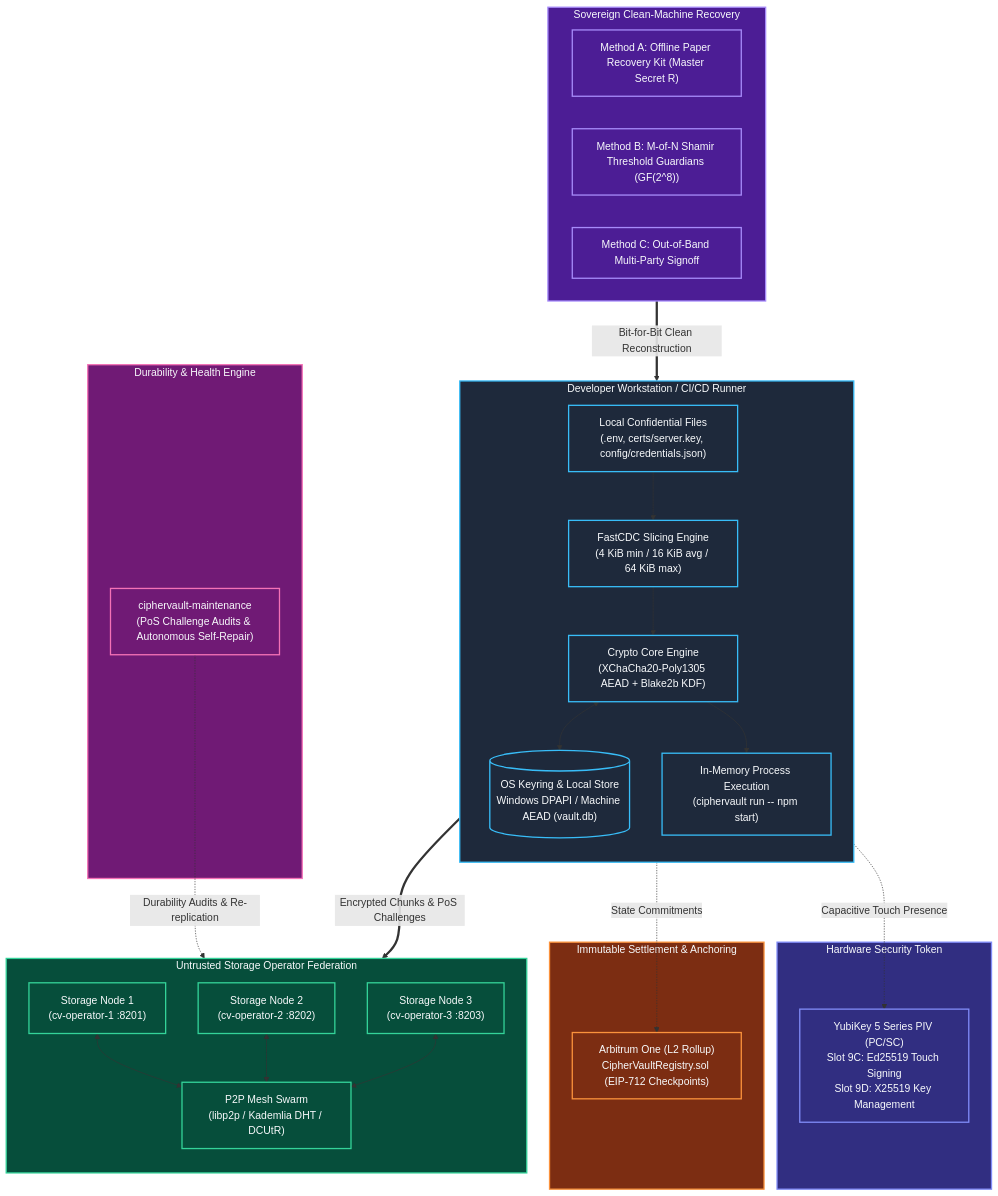
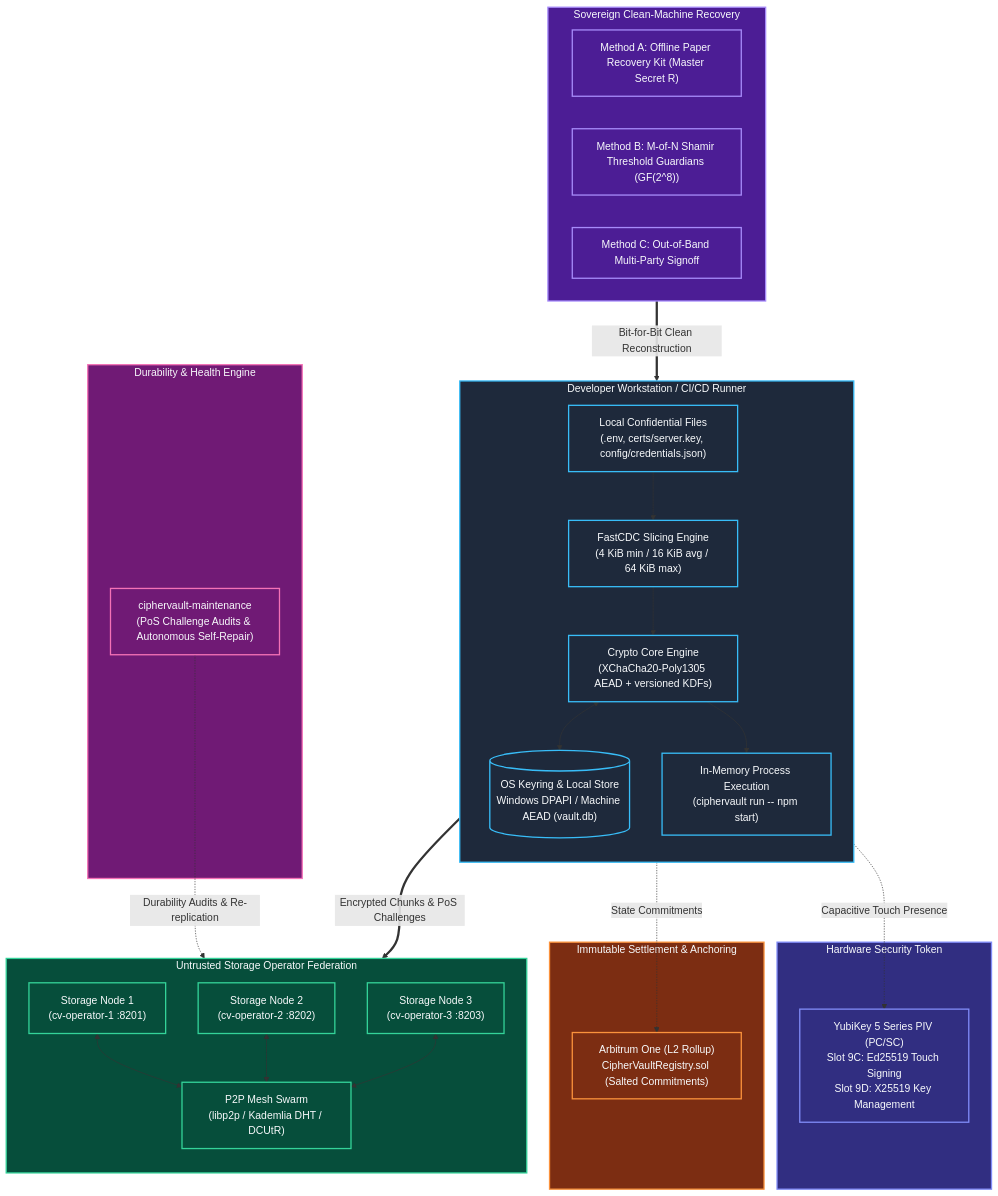
One commit to samuel-1-avson/CipherVault changed the diagram in README.md. Above: the diagram before and after it, drawn with Mermaid. The commit also changed other lines of this file and 182 other files, not shown here.

Commit message:
fix: harden CipherVault audit findings and prepare 1.0.26

````diff
--- a/README.md
+++ b/README.md
@@ -75,65 +79,65 @@
 ```mermaid
 flowchart TB
     subgraph Workstation ["Developer Workstation / CI/CD Runner"]
         direction TB
         Files["Local Confidential Files\n(.env, certs/server.key, config/credentials.json)"]
         FastCDC["FastCDC Slicing Engine\n(4 KiB min / 16 KiB avg / 64 KiB max)"]
-        Crypto["Crypto Core Engine\n(XChaCha20-Poly1305 AEAD + Blake2b KDF)"]
+        Crypto["Crypto Core Engine\n(XChaCha20-Poly1305 AEAD + versioned KDFs)"]
         Keyring[("OS Keyring & Local Store\nWindows DPAPI / Machine AEAD (vault.db)")]
         ZeroDisk["In-Memory Process Execution\n(ciphervault run -- npm start)"]
         
         Files --> FastCDC --> Crypto
         Crypto <--> Keyring
         Crypto --> ZeroDisk
     end
 
     subgraph Hardware ["Hardware Security Token"]
         YubiKey["YubiKey 5 Series PIV (PC/SC)\nSlot 9C: Ed25519 Touch Signing\nSlot 9D: X25519 Key Management"]
     end
 
     subgraph Operators ["Untrusted Storage Operator Federation"]
         direction TB
         OP1["Storage Node 1\n(cv-operator-1 :8201)"]
         OP2["Storage Node 2\n(cv-operator-2 :8202)"]
         OP3["Storage Node 3\n(cv-operator-3 :8203)"]
         P2P["P2P Mesh Swarm\n(libp2p / Kademlia DHT / DCUtR)"]
         
         OP1 <--> P2P
         OP2 <--> P2P
         OP3 <--> P2P
     end
 
     subgraph Maintenance ["Durability & Health Engine"]
         MaintDaemon["ciphervault-maintenance\n(PoS Challenge Audits & Autonomous Self-Repair)"]
     end
 
     subgraph Settlement ["Immutable Settlement & Anchoring"]
-        Arbitrum["Arbitrum One (L2 Rollup)\nCipherVaultRegistry.sol (EIP-712 Checkpoints)"]
+        Arbitrum["Arbitrum One (L2 Rollup)\nCipherVaultRegistry.sol (Salted Commitments)"]
     end
 
     subgraph Recovery ["Sovereign Clean-Machine Recovery"]
         PaperKit["Method A: Offline Paper Recovery Kit (Master Secret R)"]
         Shamir["Method B: M-of-N Shamir Threshold Guardians (GF(2^8))"]
         Approval["Method C: Out-of-Band Multi-Party Signoff"]
     end
 
     Crypto -.->|Capacitive Touch Presence| YubiKey
     Crypto ==>|Encrypted Chunks & PoS Challenges| Operators
     MaintDaemon -.->|Durability Audits & Re-replication| Operators
     Crypto -.->|State Commitments| Arbitrum
     Recovery ==>|Bit-for-Bit Clean Reconstruction| Workstation
 
     classDef client fill:#1e293b,stroke:#38bdf8,stroke-width:2px,color:#f8fafc;
     classDef hsm fill:#312e81,stroke:#818cf8,stroke-width:2px,color:#f8fafc;
     classDef ops fill:#064e3b,stroke:#34d399,stroke-width:2px,color:#f8fafc;
     classDef maint fill:#701a75,stroke:#f472b6,stroke-width:2px,color:#f8fafc;
     classDef l2 fill:#7c2d12,stroke:#fb923c,stroke-width:2px,color:#f8fafc;
     classDef rec fill:#4c1d95,stroke:#a78bfa,stroke-width:2px,color:#f8fafc;
 
     class Workstation,Files,FastCDC,Crypto,Keyring,ZeroDisk client;
     class Hardware,YubiKey hsm;
     class Operators,OP1,OP2,OP3,P2P ops;
     class Maintenance,MaintDaemon maint;
     class Settlement,Arbitrum l2;
     class Recovery,PaperKit,Shamir,Approval rec;
 ```
````
